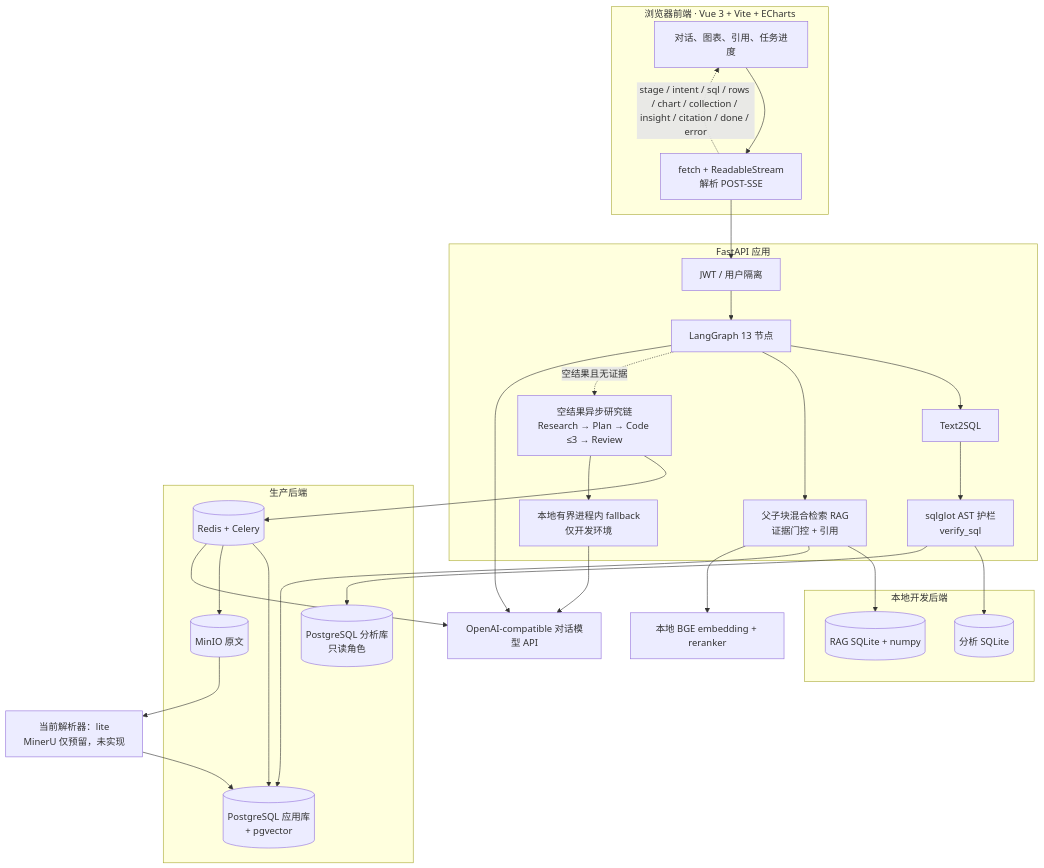
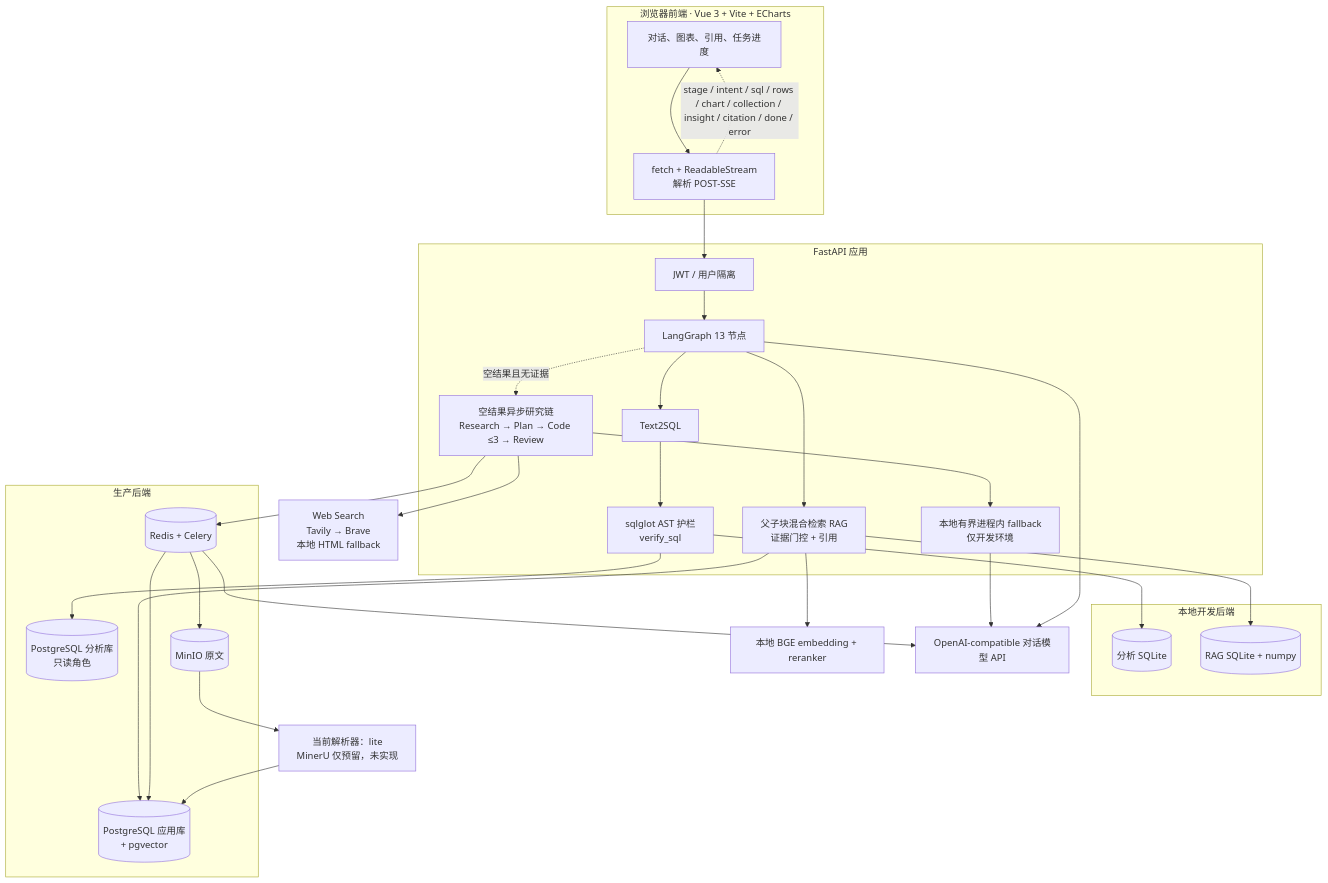
The diagram in 车市镜/docs/diagrams/system-architecture.mmd (Gloria668866/study_code), drawn with Mermaid before and after one commit. The commit also changed 49 other files, not shown here.

```diff
--- a/车市镜/docs/diagrams/system-architecture.mmd
+++ b/车市镜/docs/diagrams/system-architecture.mmd
@@ -1,47 +1,49 @@
 flowchart TB
   subgraph FE["浏览器前端 · Vue 3 + Vite + ECharts"]
     UI["对话、图表、引用、任务进度"]
     TR["fetch + ReadableStream<br/>解析 POST-SSE"]
   end
   subgraph BE["FastAPI 应用"]
     AUTH["JWT / 用户隔离"]
     AG["LangGraph 13 节点"]
     T2S["Text2SQL"]
     SAFE["sqlglot AST 护栏<br/>verify_sql"]
     RAGM["父子块混合检索 RAG<br/>证据门控 + 引用"]
     PIPE["空结果异步研究链<br/>Research → Plan → Code ≤3 → Review"]
     LF["本地有界进程内 fallback<br/>仅开发环境"]
   end
   subgraph LOCAL["本地开发后端"]
     LBI[("分析 SQLite")]
     LRAG[("RAG SQLite + numpy")]
   end
   subgraph PROD["生产后端"]
     PGBI[("PostgreSQL 分析库<br/>只读角色")]
     PGAPP[("PostgreSQL 应用库<br/>+ pgvector")]
     MINIO[("MinIO 原文")]
     QUEUE[("Redis + Celery")]
   end
   MODEL["本地 BGE embedding + reranker"]
   LLM["OpenAI-compatible 对话模型 API"]
+  SEARCH["Web Search<br/>Tavily → Brave<br/>本地 HTML fallback"]
 
   UI --> TR --> AUTH --> AG
   AG --> T2S --> SAFE
   AG --> RAGM
   AG -. "空结果且无证据" .-> PIPE
   SAFE --> LBI
   SAFE --> PGBI
   RAGM --> LRAG
   RAGM --> PGAPP
   RAGM --> MODEL
   PIPE --> QUEUE
   PIPE --> LF
   QUEUE --> PGAPP
   QUEUE --> MINIO
   QUEUE --> LLM
+  PIPE --> SEARCH
   LF --> LLM
   AG --> LLM
   TR -. "stage / intent / sql / rows / chart / collection / insight / citation / done / error" .-> UI
 
   PARSE["当前解析器：lite<br/>MinerU 仅预留，未实现"]
   MINIO --> PARSE --> PGAPP
```
